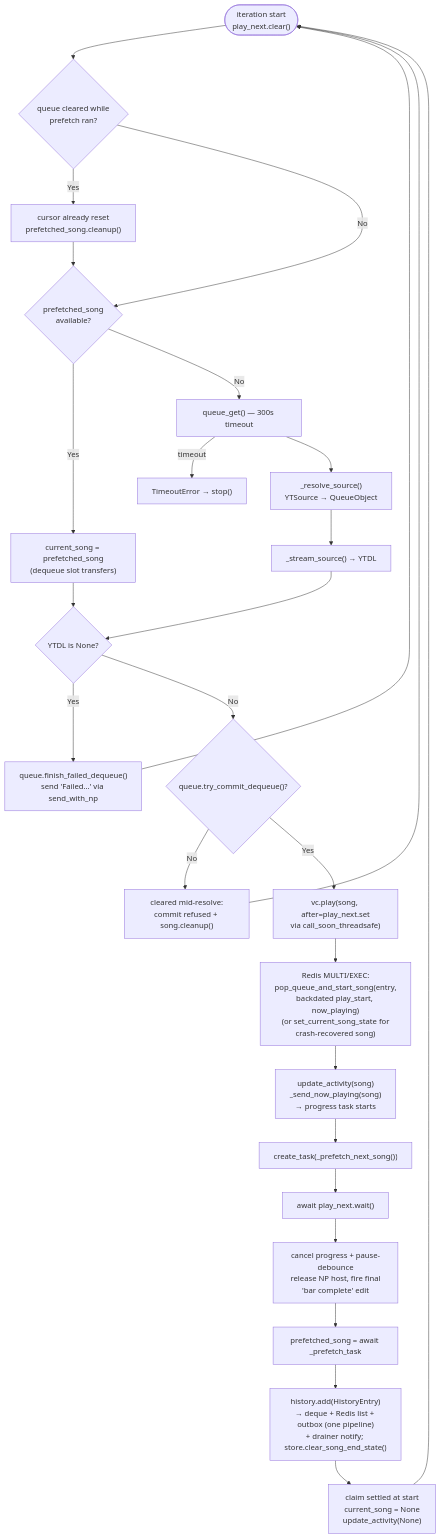
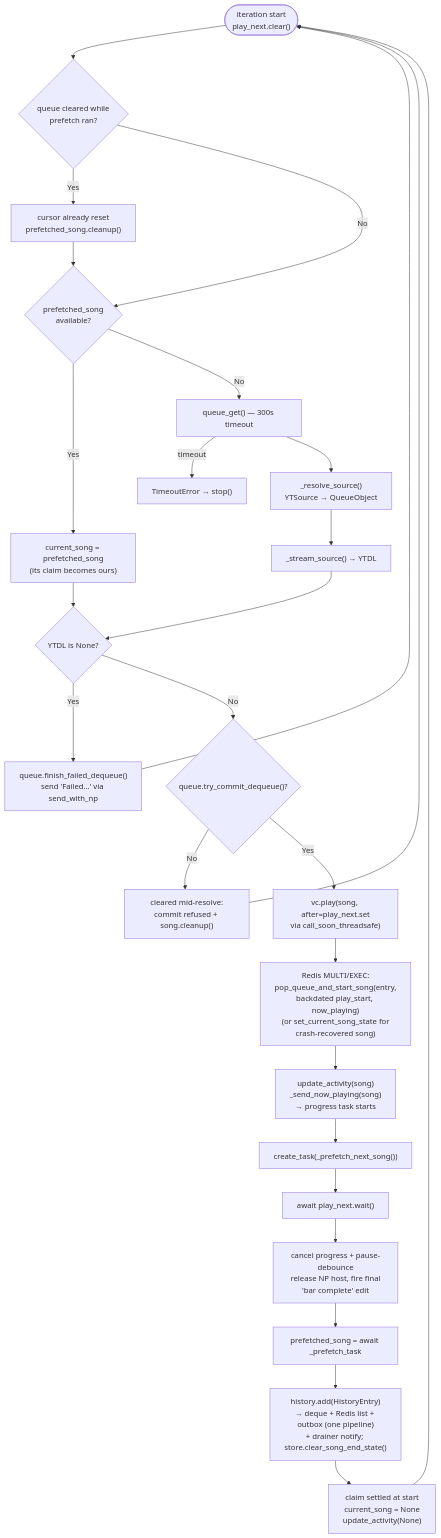
One commit to kawadeomkar/discord-music-bot changed the tenth of 15 diagrams in docs/ARCHITECTURE.md. Above: the diagram before and after it, drawn with Mermaid. The commit also changed other lines of this file and 7 other files, not shown here.

````diff
--- a/docs/ARCHITECTURE.md
+++ b/docs/ARCHITECTURE.md
@@ -568,38 +568,38 @@
 ```mermaid
 flowchart TD
     Start(["iteration start\nplay_next.clear()"])
     Cleared{"queue cleared while\nprefetch ran?"}
     DropPF["cursor already reset\nprefetched_song.cleanup()"]
     HavePF{"prefetched_song\navailable?"}
-    UsePF["current_song = prefetched_song\n(dequeue slot transfers)"]
+    UsePF["current_song = prefetched_song\n(its claim becomes ours)"]
     GetQueue["queue_get() — 300s timeout"]
     Timeout["TimeoutError → stop()"]
     Resolve["_resolve_source()\nYTSource → QueueObject"]
     Stream["_stream_source() → YTDL"]
     Failed{"YTDL is None?"}
     FailPop["queue.finish_failed_dequeue()\nsend 'Failed…' via send_with_np"]
     Commit{"queue.try_commit_dequeue()?"}
     Discard["cleared mid-resolve:\ncommit refused + song.cleanup()"]
     Play["vc.play(song, after=play_next.set\nvia call_soon_threadsafe)"]
     Persist["Redis MULTI/EXEC:\npop_queue_and_start_song(entry,\nbackdated play_start, now_playing)\n(or set_current_song_state for\ncrash-recovered song)"]
     NP["update_activity(song)\n_send_now_playing(song)\n→ progress task starts"]
     Prefetch["create_task(_prefetch_next_song())"]
     Wait["await play_next.wait()"]
     Retire["cancel progress + pause-debounce\nrelease NP host, fire final\n'bar complete' edit"]
     Collect["prefetched_song = await _prefetch_task"]
     History["history.add(HistoryEntry)\n→ deque + Redis list + outbox (one pipeline)\n+ drainer notify; store.clear_song_end_state()"]
     Done["claim settled at start\ncurrent_song = None\nupdate_activity(None)"]
 
     Start --> Cleared
     Cleared -->|Yes| DropPF --> HavePF
     Cleared -->|No| HavePF
     HavePF -->|Yes| UsePF --> Failed
     HavePF -->|No| GetQueue
     GetQueue -->|timeout| Timeout
     GetQueue --> Resolve --> Stream --> Failed
     Failed -->|Yes| FailPop --> Start
     Failed -->|No| Commit
     Commit -->|No| Discard --> Start
     Commit -->|Yes| Play --> Persist --> NP --> Prefetch --> Wait
     Wait --> Retire --> Collect --> History --> Done --> Start
 ```
````
